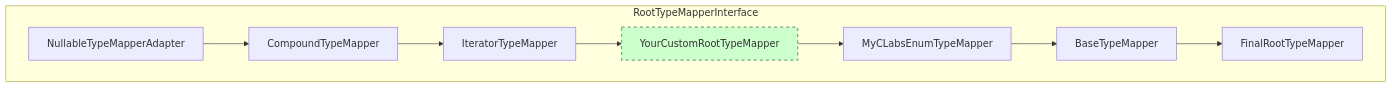
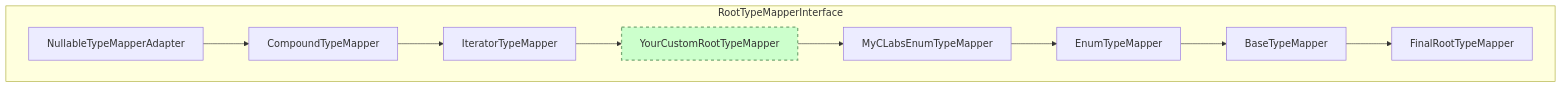
The second of 2 diagrams in website/docs/internals.md (thecodingmachine/graphqlite), drawn with Mermaid before and after one commit. The commit also changed other lines of this file, not shown here.

````diff
--- a/website/docs/internals.md
+++ b/website/docs/internals.md
@@ -69,13 +71,14 @@
 ```mermaid
 graph TD;
   classDef custom fill:#cfc,stroke:#7a7,stroke-width:2px,stroke-dasharray: 5, 5;
   subgraph RootTypeMapperInterface
     NullableTypeMapperAdapter-->CompoundTypeMapper
     CompoundTypeMapper-->IteratorTypeMapper
     IteratorTypeMapper-->YourCustomRootTypeMapper
     YourCustomRootTypeMapper-->MyCLabsEnumTypeMapper
-    MyCLabsEnumTypeMapper-->BaseTypeMapper
+    MyCLabsEnumTypeMapper-->EnumTypeMapper
+    EnumTypeMapper-->BaseTypeMapper
     BaseTypeMapper-->FinalRootTypeMapper
   end
   class YourCustomRootTypeMapper custom;
 ```
````
